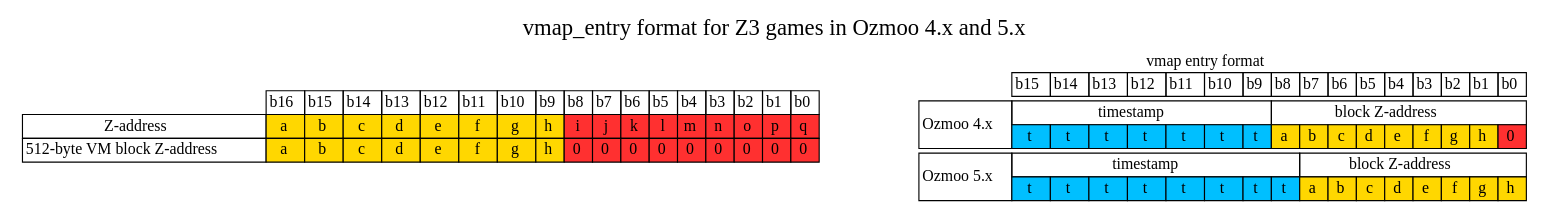
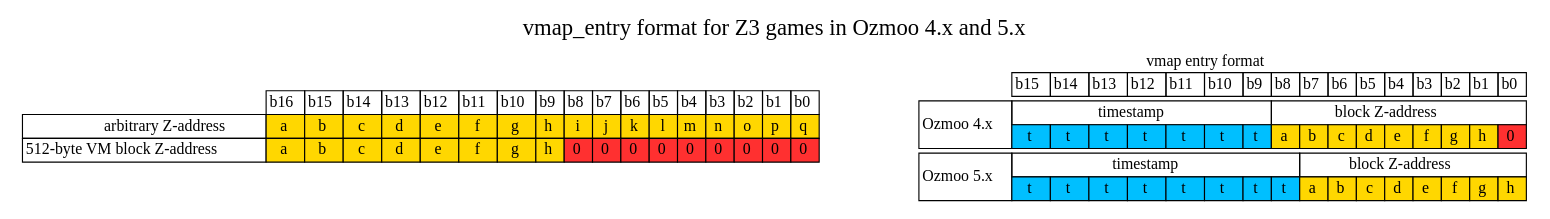
Before and after one commit to ZornsLemma/ozmoo: the diagram in documentation/techdocs/vm-address.dot, drawn with Graphviz.

Commit message:
WIP diagram

```diff
--- a/documentation/techdocs/vm-address.dot
+++ b/documentation/techdocs/vm-address.dot
@@ -1,151 +1,150 @@
 digraph memory {
     graph [nodesep=1, label="vmap_entry format for Z3 games in Ozmoo 4.x and 5.x", fontsize=20, labelloc=t];
     forcelabels=true;
     node [shape=plaintext];
     rankdir=TB;
 
 zaddress [label=<
     <table border="0" cellborder="1" cellspacing="0">
         <tr>
 	    <td border="0"></td>
 	    <td>b16</td>
 	    <td>b15</td>
 	    <td>b14</td>
 	    <td>b13</td>
 	    <td>b12</td>
 	    <td>b11</td>
 	    <td>b10</td>
 	    <td>b9</td>
 	    <td>b8</td>
 	    <td>b7</td>
 	    <td>b6</td>
 	    <td>b5</td>
 	    <td>b4</td>
 	    <td>b3</td>
 	    <td>b2</td>
 	    <td>b1</td>
 	    <td>b0</td>
 	</tr>
 	<tr>
-	    <td>Z-address</td>
+	    <td align="right">arbitrary Z-address</td>
 	    <td bgcolor="gold1">a</td>
 	    <td bgcolor="gold1">b</td>
 	    <td bgcolor="gold1">c</td>
 	    <td bgcolor="gold1">d</td>
 	    <td bgcolor="gold1">e</td>
 	    <td bgcolor="gold1">f</td>
 	    <td bgcolor="gold1">g</td>
 	    <td bgcolor="gold1">h</td>
-	    <!-- TODO: Should these be gold1? They *are* useful in a general address, just not in a block address -->
-	    <td bgcolor="firebrick1">i</td>
-	    <td bgcolor="firebrick1">j</td>
-	    <td bgcolor="firebrick1">k</td>
-	    <td bgcolor="firebrick1">l</td>
-	    <td bgcolor="firebrick1">m</td>
-	    <td bgcolor="firebrick1">n</td>
-	    <td bgcolor="firebrick1">o</td>
-	    <td bgcolor="firebrick1">p</td>
-	    <td bgcolor="firebrick1">q</td>
+	    <td bgcolor="gold1">i</td>
+	    <td bgcolor="gold1">j</td>
+	    <td bgcolor="gold1">k</td>
+	    <td bgcolor="gold1">l</td>
+	    <td bgcolor="gold1">m</td>
+	    <td bgcolor="gold1">n</td>
+	    <td bgcolor="gold1">o</td>
+	    <td bgcolor="gold1">p</td>
+	    <td bgcolor="gold1">q</td>
 	</tr>
 	<tr>
-	    <td>512-byte VM block Z-address</td>
+	    <td align="right">512-byte VM block Z-address</td>
 	    <td bgcolor="gold1">a</td>
 	    <td bgcolor="gold1">b</td>
 	    <td bgcolor="gold1">c</td>
 	    <td bgcolor="gold1">d</td>
 	    <td bgcolor="gold1">e</td>
 	    <td bgcolor="gold1">f</td>
 	    <td bgcolor="gold1">g</td>
 	    <td bgcolor="gold1">h</td>
 	    <td bgcolor="firebrick1">0</td>
 	    <td bgcolor="firebrick1">0</td>
 	    <td bgcolor="firebrick1">0</td>
 	    <td bgcolor="firebrick1">0</td>
 	    <td bgcolor="firebrick1">0</td>
 	    <td bgcolor="firebrick1">0</td>
 	    <td bgcolor="firebrick1">0</td>
 	    <td bgcolor="firebrick1">0</td>
 	    <td bgcolor="firebrick1">0</td>
 	</tr>
     </table>>];
 
     vmap [label=<
     <table border="0" cellborder="1" cellspacing="0">
 	<tr>
 	    <td colspan="17" border="0">vmap entry format</td>
 	</tr>
 	<tr>
 	    <td border="0"></td>
 	    <td>b15</td>
 	    <td>b14</td>
 	    <td>b13</td>
 	    <td>b12</td>
 	    <td>b11</td>
 	    <td>b10</td>
 	    <td>b9</td>
 	    <td>b8</td>
 	    <td>b7</td>
 	    <td>b6</td>
 	    <td>b5</td>
 	    <td>b4</td>
 	    <td>b3</td>
 	    <td>b2</td>
 	    <td>b1</td>
 	    <td>b0</td>
 	</tr>
 	<tr cellspacing="10">
 	    <td colspan="17" border="0"></td>
 	</tr>
 	<tr>
 	    <td rowspan="2">Ozmoo 4.x</td>
 	    <td colspan="7">timestamp</td>
 	    <td colspan="9">block Z-address</td>
 	</tr>
 	<tr>
 	    <td bgcolor="deepskyblue1">t</td>
 	    <td bgcolor="deepskyblue1">t</td>
 	    <td bgcolor="deepskyblue1">t</td>
 	    <td bgcolor="deepskyblue1">t</td>
 	    <td bgcolor="deepskyblue1">t</td>
 	    <td bgcolor="deepskyblue1">t</td>
 	    <td bgcolor="deepskyblue1">t</td>
 	    <td bgcolor="gold1">a</td>
 	    <td bgcolor="gold1">b</td>
 	    <td bgcolor="gold1">c</td>
 	    <td bgcolor="gold1">d</td>
 	    <td bgcolor="gold1">e</td>
 	    <td bgcolor="gold1">f</td>
 	    <td bgcolor="gold1">g</td>
 	    <td bgcolor="gold1">h</td>
 	    <td bgcolor="firebrick1">0</td>
 	</tr>
 	<tr cellspacing="10">
 	    <td colspan="17" border="0"></td>
 	</tr>
 	<tr>
 	    <td rowspan="2">Ozmoo 5.x</td>
 	    <td colspan="8">timestamp</td>
 	    <td colspan="8">block Z-address</td>
 	</tr>
 	<tr>
 	    <td bgcolor="deepskyblue1">t</td>
 	    <td bgcolor="deepskyblue1">t</td>
 	    <td bgcolor="deepskyblue1">t</td>
 	    <td bgcolor="deepskyblue1">t</td>
 	    <td bgcolor="deepskyblue1">t</td>
 	    <td bgcolor="deepskyblue1">t</td>
 	    <td bgcolor="deepskyblue1">t</td>
 	    <td bgcolor="deepskyblue1">t</td>
 	    <td bgcolor="gold1">a</td>
 	    <td bgcolor="gold1">b</td>
 	    <td bgcolor="gold1">c</td>
 	    <td bgcolor="gold1">d</td>
 	    <td bgcolor="gold1">e</td>
 	    <td bgcolor="gold1">f</td>
 	    <td bgcolor="gold1">g</td>
 	    <td bgcolor="gold1">h</td>
 	</tr>
     </table>>];
 }
 
 # vi: sw=4 sts=4
```
